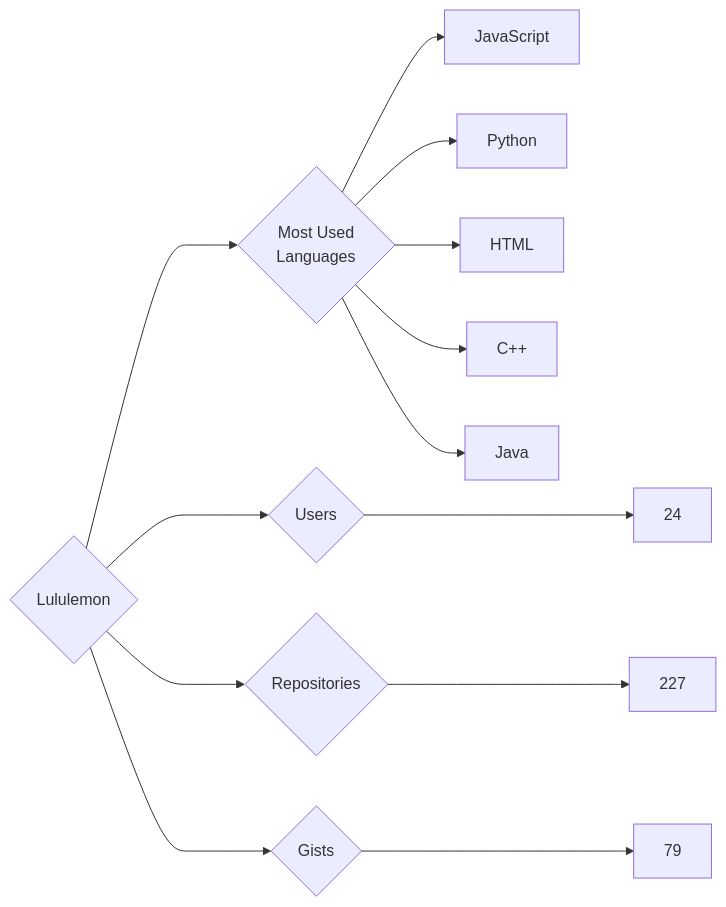
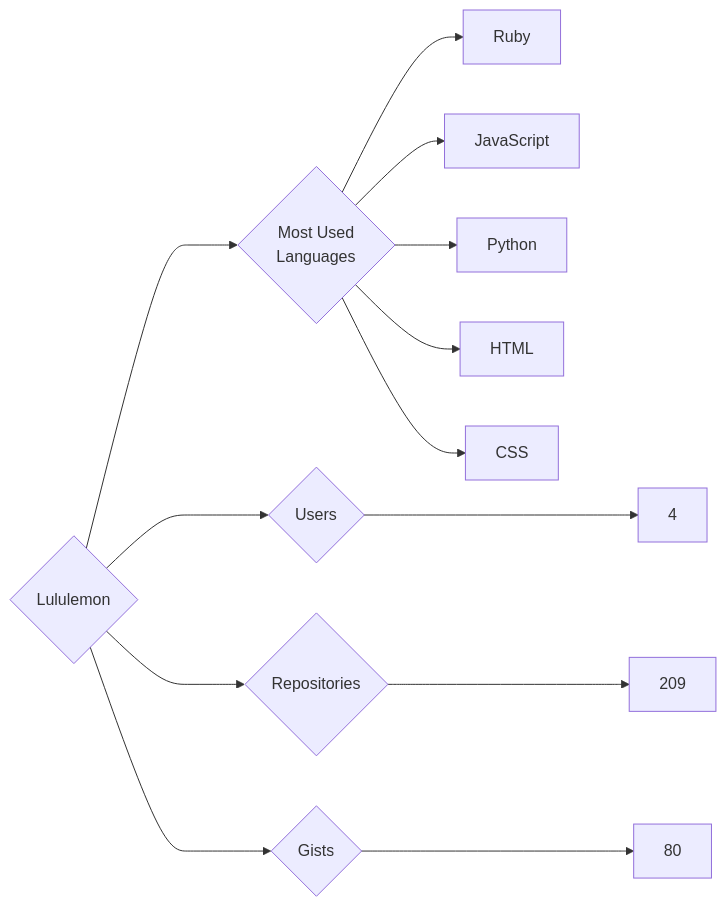
Before and after one commit to trickest/insiders: the diagram in targets/Lululemon/README.md, drawn with Mermaid. The commit also changed 748 other files, not shown here.

````diff
--- a/targets/Lululemon/README.md
+++ b/targets/Lululemon/README.md
@@ -3,13 +3,13 @@
 ```mermaid
 graph LR
 COMPANY_NAME{Lululemon}
-COMPANY_NAME ---> U{Users} ---> UN[24]
-COMPANY_NAME ---> R{Repositories} ---> RN[227]
-COMPANY_NAME ---> G{Gists} ---> GN[79]
+COMPANY_NAME ---> U{Users} ---> UN[4]
+COMPANY_NAME ---> R{Repositories} ---> RN[209]
+COMPANY_NAME ---> G{Gists} ---> GN[80]
 COMPANY_NAME ---> ML{Most Used<br>Languages}
+ML --> Ruby[Ruby]
 ML --> JavaScript[JavaScript]
 ML --> Python[Python]
 ML --> HTML[HTML]
-ML --> C++[C++]
-ML --> Java[Java]
+ML --> CSS[CSS]
 ```
````
